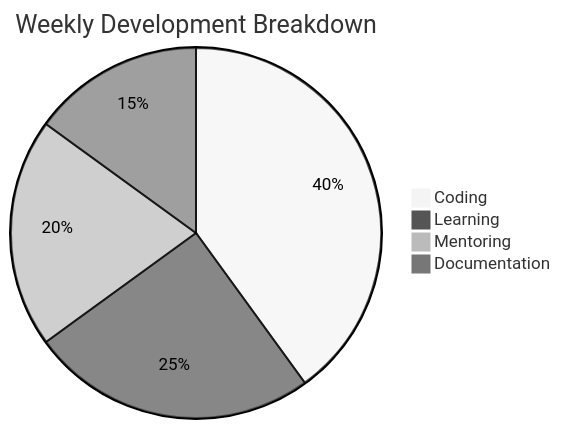
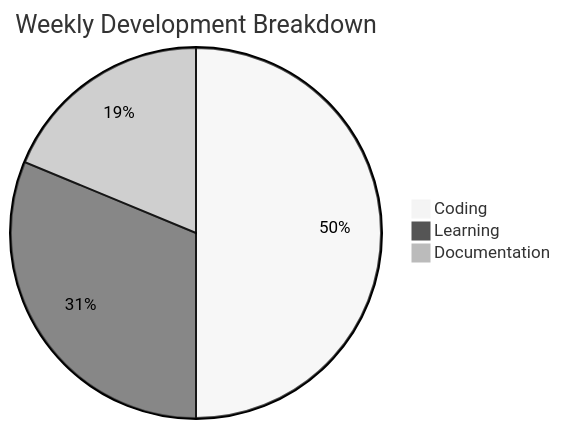
The second of 3 diagrams in README.md (Emtiaz-ahmed-13/Emtiaz-ahmed-13), drawn with Mermaid (neutral theme) before and after one commit. The commit also changed other lines of this file, not shown here.

````diff
--- a/README.md
+++ b/README.md
@@ -180,7 +177,6 @@
 ```mermaid
 pie title Weekly Development Breakdown
     "Coding" : 40
     "Learning" : 25
-    "Mentoring" : 20
     "Documentation" : 15
 ```
````
